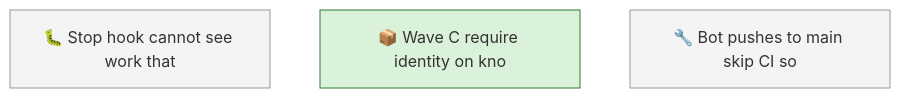
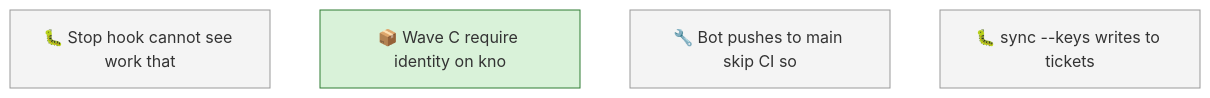
Before and after one commit to SpillwaveSolutions/wiki_ticket_sdd: the first of 2 diagrams in docs/roadmap.md, drawn with Mermaid. The commit also changed other lines of this file and 7 other files, not shown here.

First line of the commit message:
chore: link issue #361 and file the sync --keys scoping bug (01M09DV3XKWJV5VVNYPJC9PRVF)

````diff
--- a/docs/roadmap.md
+++ b/docs/roadmap.md
@@ -52,10 +53,11 @@
 ```mermaid
 graph TD
     01M032YRXR61XAJBBNP355AVQW["🐛 Stop hook cannot see work that"]
     01M06BRQPQ8408XTDYTMY2JYFE["📦 Wave C require identity on kno"]
     01M09DEB5YMZRHRBZB8GADMKY0["🔧 Bot pushes to main skip CI so"]
+    01M09DV3XKWJV5VVNYPJC9PRVF["🐛 sync --keys writes to tickets"]
     classDef todo fill:#f4f4f4,stroke:#999999
-    class 01M032YRXR61XAJBBNP355AVQW,01M09DEB5YMZRHRBZB8GADMKY0 todo
+    class 01M032YRXR61XAJBBNP355AVQW,01M09DEB5YMZRHRBZB8GADMKY0,01M09DV3XKWJV5VVNYPJC9PRVF todo
     classDef in_progress fill:#d9f2d9,stroke:#2e7d32
     class 01M06BRQPQ8408XTDYTMY2JYFE in_progress
 ```
````
